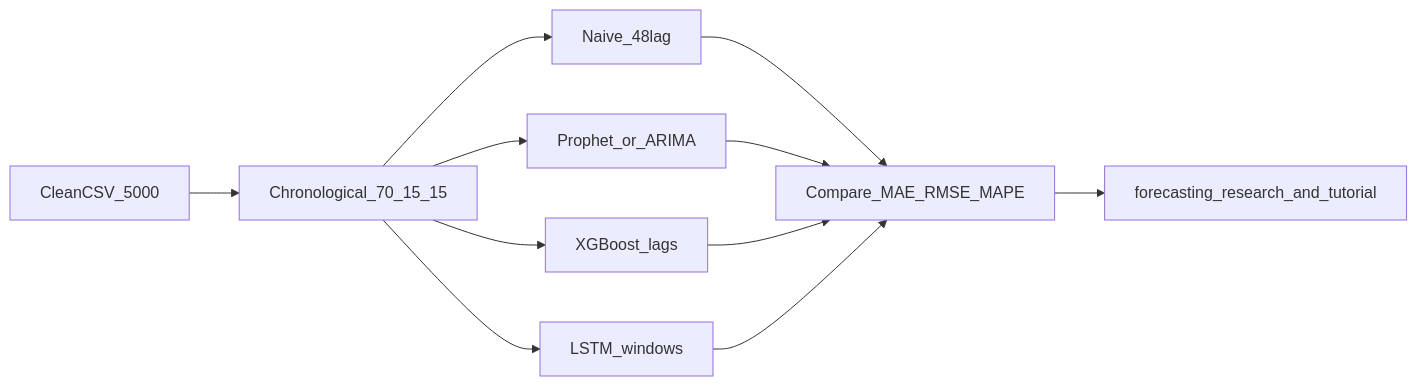
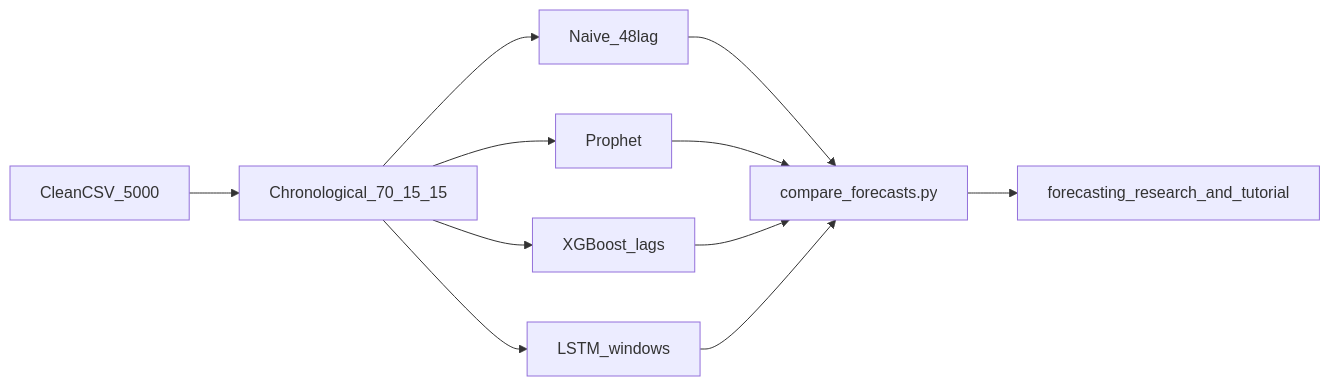
The diagram in docs/phase3-strategy.md (mj-weshh/energy-anomaly-forecasting), drawn with Mermaid before and after one commit. The commit also changed other lines of this file and 14 other files, not shown here.

````diff
--- a/docs/phase3-strategy.md
+++ b/docs/phase3-strategy.md
@@ -129,13 +140,13 @@
 ```mermaid
 flowchart LR
   clean[CleanCSV_5000] --> split[Chronological_70_15_15]
   split --> naive[Naive_48lag]
-  split --> stats[Prophet_or_ARIMA]
+  split --> stats[Prophet]
   split --> xgb[XGBoost_lags]
   split --> lstm[LSTM_windows]
-  naive --> compare[Compare_MAE_RMSE_MAPE]
+  naive --> compare[compare_forecasts.py]
   stats --> compare
   xgb --> compare
   lstm --> compare
   compare --> docs[forecasting_research_and_tutorial]
 ```
````
